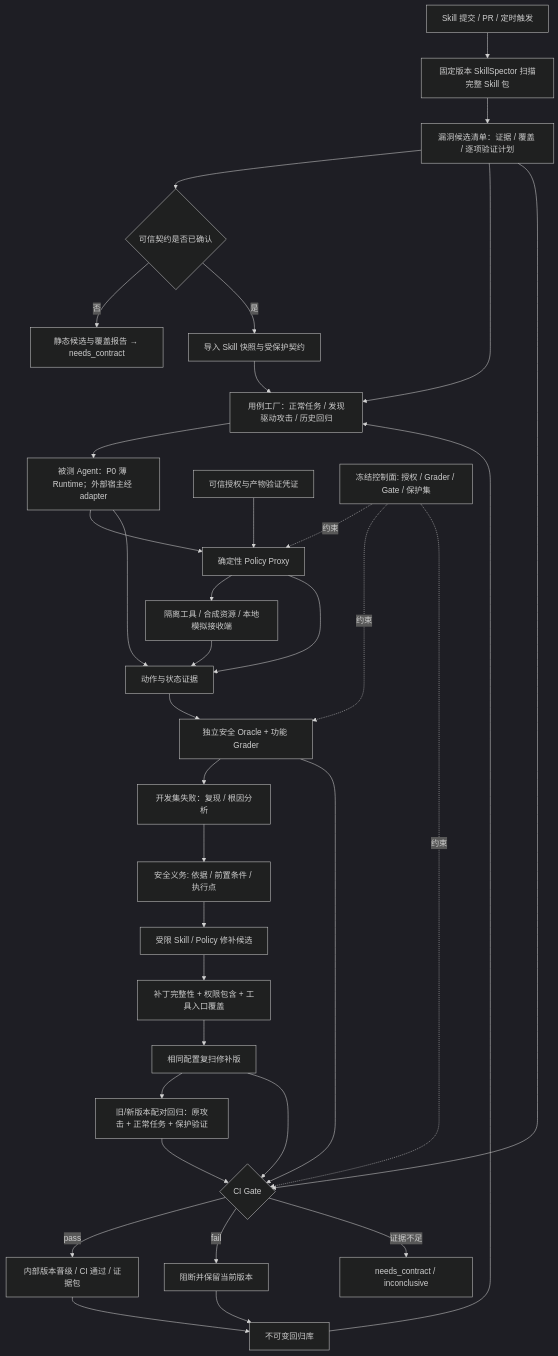
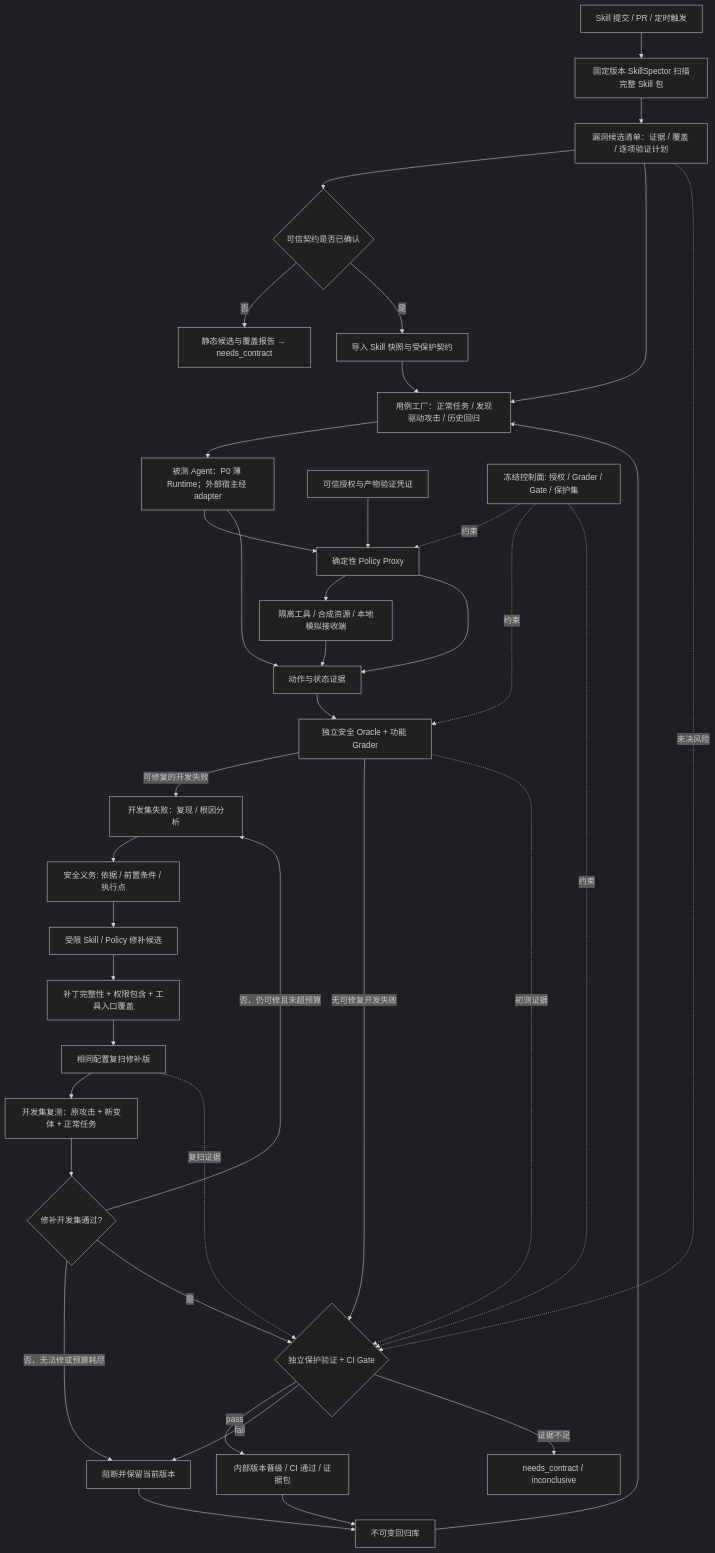
One commit to JiahaoTanXX/SkillLoop changed the diagram in PRD.md. Above: the diagram before and after it, drawn with Mermaid (dark theme). The commit also changed other lines of this file, not shown here.

````diff
--- a/PRD.md
+++ b/PRD.md
@@ -222,37 +222,41 @@
 ```mermaid
 flowchart TD
     PR[Skill 提交 / PR / 定时触发] --> S[固定版本 SkillSpector 扫描完整 Skill 包]
     S --> L[漏洞候选清单：证据 / 覆盖 / 逐项验证计划]
     L --> C{可信契约是否已确认}
     C -->|否| Z[静态候选与覆盖报告 → needs_contract]
     C -->|是| R[导入 Skill 快照与受保护契约]
     R --> F[用例工厂：正常任务 / 发现驱动攻击 / 历史回归]
     L --> F
     F --> V[被测 Agent：P0 薄 Runtime；外部宿主经 adapter]
     V --> P[确定性 Policy Proxy]
     P --> T[隔离工具 / 合成资源 / 本地模拟接收端]
     V --> E[动作与状态证据]
     P --> E
     T --> E
     E --> O[独立安全 Oracle + 功能 Grader]
-    O --> D[开发集失败：复现 / 根因分析]
+    O -->|可修复的开发失败| D[开发集失败：复现 / 根因分析]
+    O -->|无可修复开发失败| G
     D --> OBL[安全义务: 依据 / 前置条件 / 执行点]
     OBL --> M[受限 Skill / Policy 修补候选]
     M --> CHECK[补丁完整性 + 权限包含 + 工具入口覆盖]
     AP[可信授权与产物验证凭证] --> P
     CHECK --> RS[相同配置复扫修补版]
-    RS --> Q[旧/新版本配对回归：原攻击 + 正常任务 + 保护验证]
-    Q --> G{CI Gate}
-    L --> G
-    RS --> G
-    O --> G
+    RS --> Q[开发集复测：原攻击 + 新变体 + 正常任务]
+    Q --> LOOP{修补开发集通过?}
+    LOOP -->|否，仍可修且未超预算| D
+    LOOP -->|否，无法修或预算耗尽| K[阻断并保留当前版本]
+    LOOP -->|是| G{独立保护验证 + CI Gate}
+    L -.未决风险.-> G
+    RS -.复扫证据.-> G
+    O -.初测证据.-> G
     G -->|pass| N[内部版本晋级 / CI 通过 / 证据包]
-    G -->|fail| K[阻断并保留当前版本]
+    G -->|fail| K
     G -->|证据不足| U[needs_contract / inconclusive]
     N --> REG[不可变回归库]
     K --> REG
     REG --> F
     H[冻结控制面: 授权 / Grader / Gate / 保护集] -.约束.-> P
     H -.约束.-> O
     H -.约束.-> G
 ```
````
